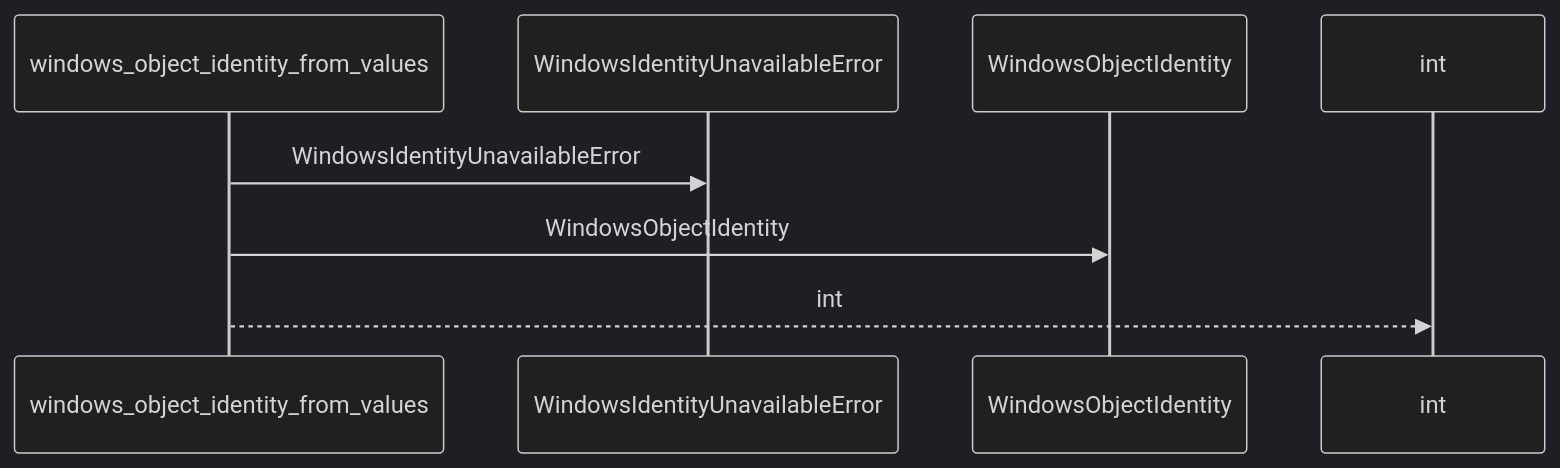
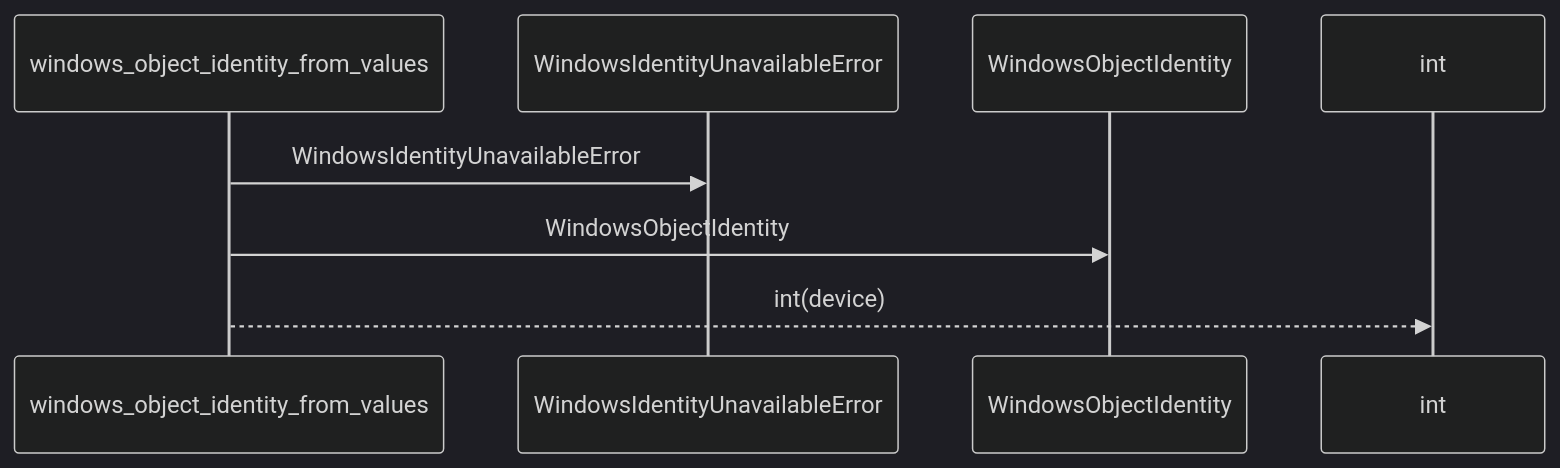
The first of 2 diagrams in docs/llm_wiki/flows/api-windows_object_identity_from_values.md (Denissvgn/python-wiki-llm), drawn with Mermaid (dark theme) before and after one commit. The commit also changed other lines of this file and 1410 other files, not shown here.

````diff
--- a/docs/llm_wiki/flows/api-windows_object_identity_from_values.md
+++ b/docs/llm_wiki/flows/api-windows_object_identity_from_values.md
@@ -10,10 +12,10 @@
 ```mermaid
 sequenceDiagram
     participant p0 as windows_object_identity_from_values
     participant p1 as WindowsIdentityUnavailableError
     participant p2 as WindowsObjectIdentity
     participant p3 as int
     p0->>p1: WindowsIdentityUnavailableError
     p0->>p2: WindowsObjectIdentity
-    p0-->>p3: int
+    p0-->>p3: int(device)
 ```
````
